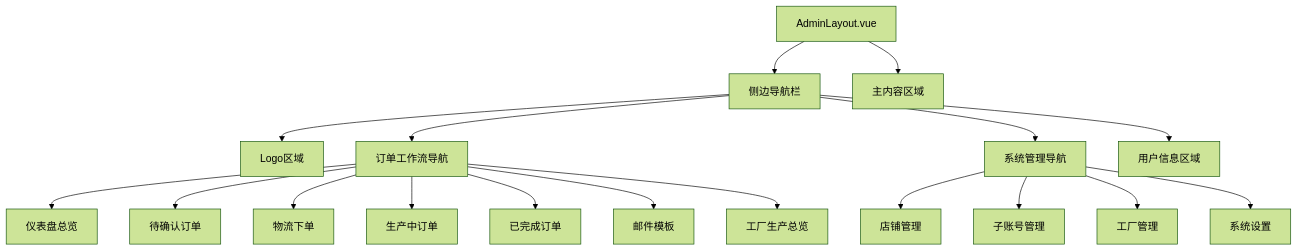
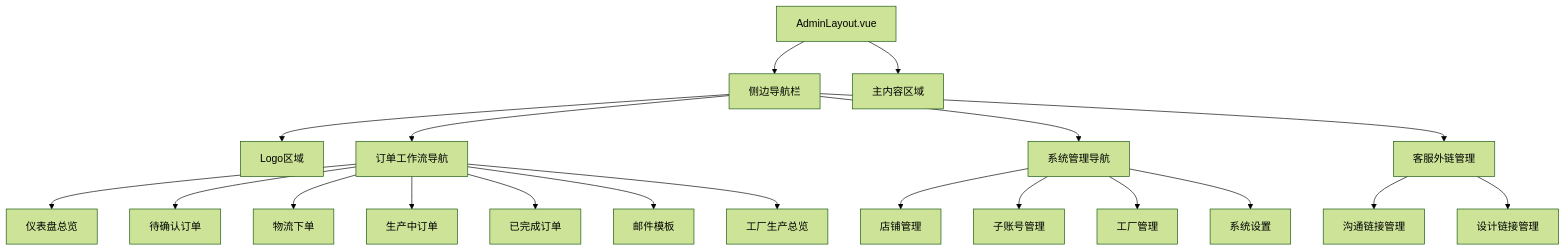
One commit to SY6621/POD-Order-Management changed the fifth of 31 diagrams in .qoder/repowiki/zh/content/开发指南/Vue组件架构.md. Above: the diagram before and after it, drawn with Mermaid (forest theme). The commit also changed other lines of this file and 15 other files, not shown here.

````diff
--- a/.qoder/repowiki/zh/content/开发指南/Vue组件架构.md
+++ b/.qoder/repowiki/zh/content/开发指南/Vue组件架构.md
@@ -220,20 +236,22 @@
 ```mermaid
 graph TD
 A[AdminLayout.vue] --> B[侧边导航栏]
 A --> C[主内容区域]
 B --> B1[Logo区域]
 B --> B2[订单工作流导航]
 B --> B3[系统管理导航]
-B --> B4[用户信息区域]
+B --> B4[客服外链管理]
 B2 --> B2a[仪表盘总览]
 B2 --> B2b[待确认订单]
 B2 --> B2c[物流下单]
 B2 --> B2d[生产中订单]
 B2 --> B2e[已完成订单]
 B2 --> B2f[邮件模板]
 B2 --> B2g[工厂生产总览]
 B3 --> B3a[店铺管理]
 B3 --> B3b[子账号管理]
 B3 --> B3c[工厂管理]
 B3 --> B3d[系统设置]
+B4 --> B4a[沟通链接管理]
+B4 --> B4b[设计链接管理]
 ```
````
